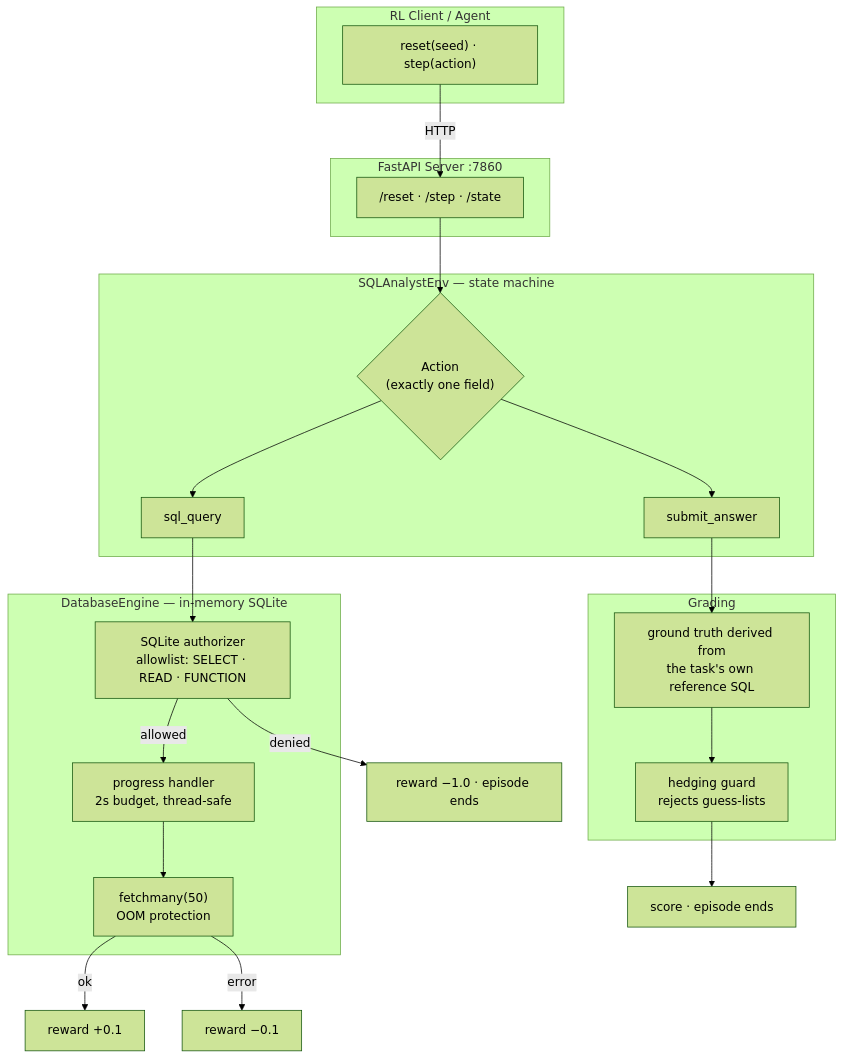
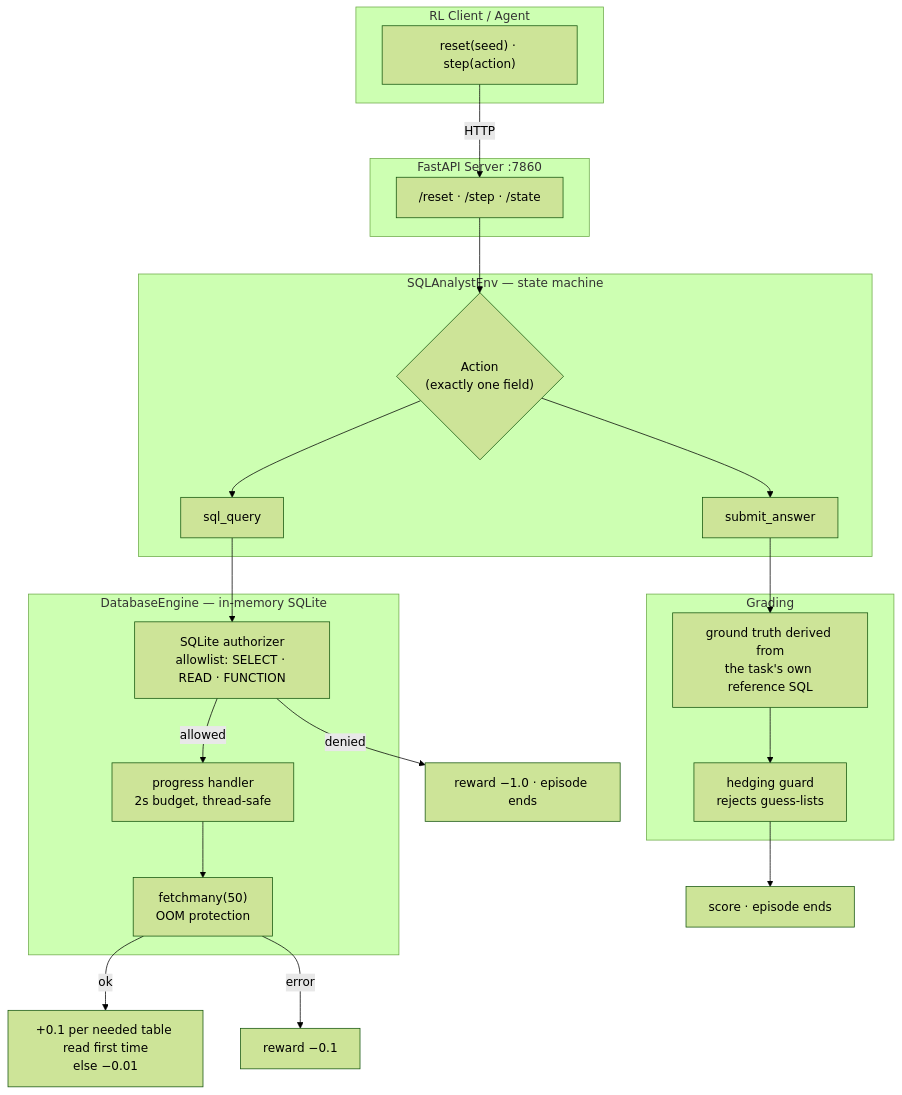
Before and after one commit to hitanshu04/openenv-sql-analyst: the diagram in README.md, drawn with Mermaid (forest theme). The commit also changed other lines of this file and 3 other files, not shown here.

````diff
--- a/README.md
+++ b/README.md
@@ -35,37 +51,37 @@
 ```mermaid
 flowchart TB
     subgraph client["RL Client / Agent"]
         A["reset(seed) · step(action)"]
     end
 
     subgraph server["FastAPI Server :7860"]
         B["/reset · /step · /state"]
     end
 
     subgraph env["SQLAnalystEnv — state machine"]
         C{"Action<br/>(exactly one field)"}
         D["sql_query"]
         E["submit_answer"]
     end
 
     subgraph engine["DatabaseEngine — in-memory SQLite"]
         F["SQLite authorizer<br/>allowlist: SELECT · READ · FUNCTION"]
         G["progress handler<br/>2s budget, thread-safe"]
         H["fetchmany(50)<br/>OOM protection"]
     end
 
     subgraph grade["Grading"]
         I["ground truth derived from<br/>the task's own reference SQL"]
         J["hedging guard<br/>rejects guess-lists"]
     end
 
     A -->|HTTP| B --> C
     C --> D
     C --> E
     D --> F
     F -->|denied| K["reward −1.0 · episode ends"]
     F -->|allowed| G --> H
-    H -->|ok| L["reward +0.1"]
+    H -->|ok| L["+0.1 per needed table read first time<br/>else −0.01"]
     H -->|error| M["reward −0.1"]
     E --> I --> J --> N["score · episode ends"]
 ```
````
